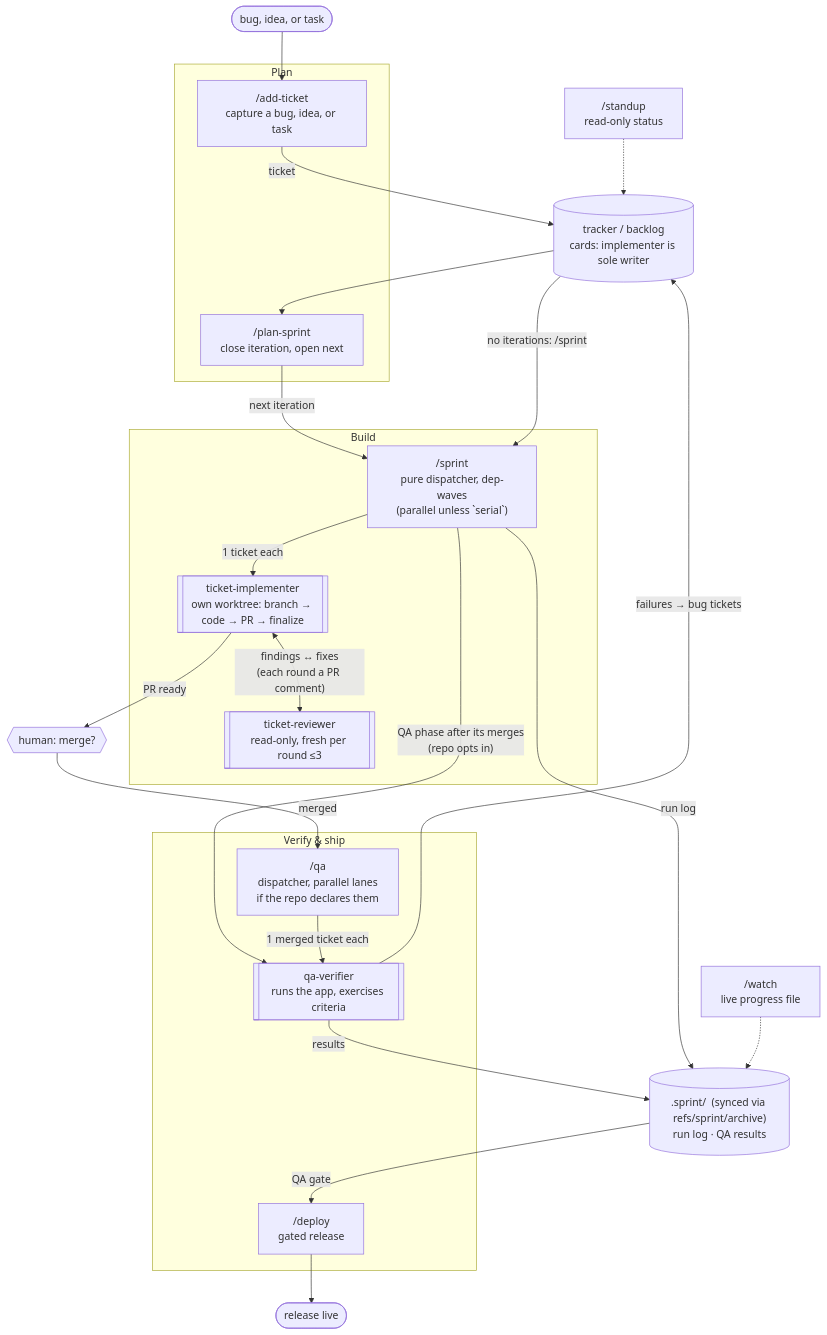
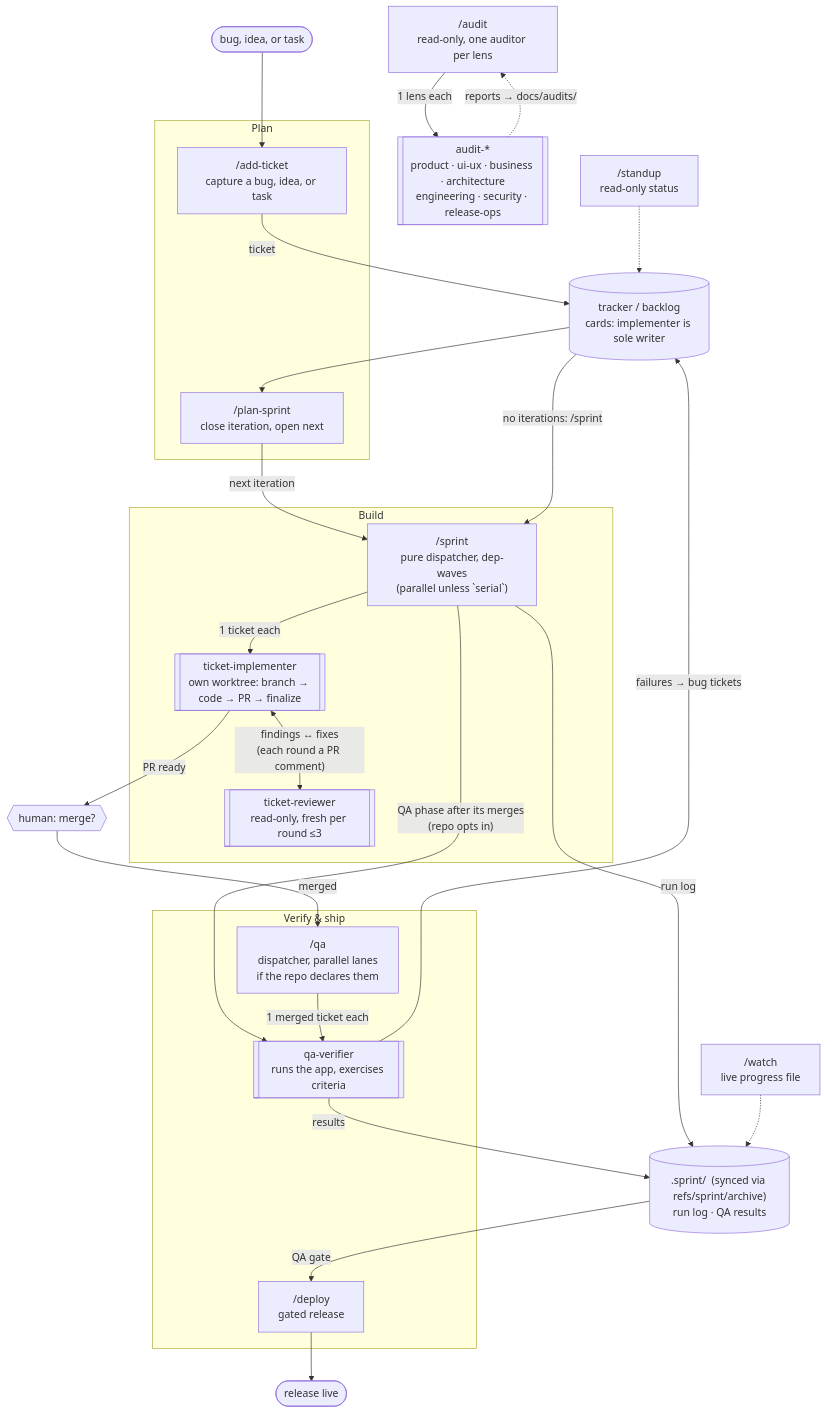
The diagram in README.md (kyimoemin/skills), drawn with Mermaid before and after one commit. The commit also changed other lines of this file and 2 other files, not shown here.

First line of the commit message:
audit: add the skill

````diff
--- a/README.md
+++ b/README.md
@@ -21,44 +21,48 @@
 ```mermaid
 flowchart TB
     subgraph pm ["Plan"]
         addticket["/add-ticket\ncapture a bug, idea, or task"]
         plansprint["/plan-sprint\nclose iteration, open next"]
     end
 
     subgraph build ["Build"]
         sprint["/sprint\npure dispatcher, dep-waves\n(parallel unless `serial`)"]
         impl[["ticket-implementer\nown worktree: branch → code → PR → finalize"]]
         reviewer[["ticket-reviewer\nread-only, fresh per round ≤3"]]
     end
 
     subgraph ship ["Verify & ship"]
         qa["/qa\ndispatcher, parallel lanes\nif the repo declares them"]
         qav[["qa-verifier\nruns the app, exercises criteria"]]
         deploy["/deploy\ngated release"]
     end
 
     standup["/standup\nread-only status"]
+    audit["/audit\nread-only, one auditor per lens"]
+    auditors[["audit-*\nproduct · ui-ux · business · architecture\nengineering · security · release-ops"]]
     watch["/watch\nlive progress file"]
 
     tracker[("tracker / backlog\ncards: implementer is sole writer")]
     dotsprint[(".sprint/  (synced via refs/sprint/archive)\nrun log · QA results")]
 
     idea([bug, idea, or task]) --> addticket
     addticket -- "ticket" --> tracker
     tracker --> plansprint
     plansprint -- "next iteration" --> sprint
     tracker -- "no iterations: /sprint <ids>" --> sprint
     sprint -- "1 ticket each" --> impl
     impl <-- "findings ↔ fixes\n(each round a PR comment)" --> reviewer
     sprint -- "run log" --> dotsprint
     sprint -- "QA phase after its merges\n(repo opts in)" --> qav
     impl -- "PR ready" --> merge{{"human: merge?"}}
     merge -- "merged" --> qa
     qa -- "1 merged ticket each" --> qav
     qav -- "results" --> dotsprint
     qav -- "failures → bug tickets" --> tracker
     dotsprint -- "QA gate" --> deploy
     deploy --> live([release live])
     standup -.-> tracker
+    audit -- "1 lens each" --> auditors
+    auditors -. "reports → docs/audits/" .-> audit
     watch -.-> dotsprint
 ```
````
